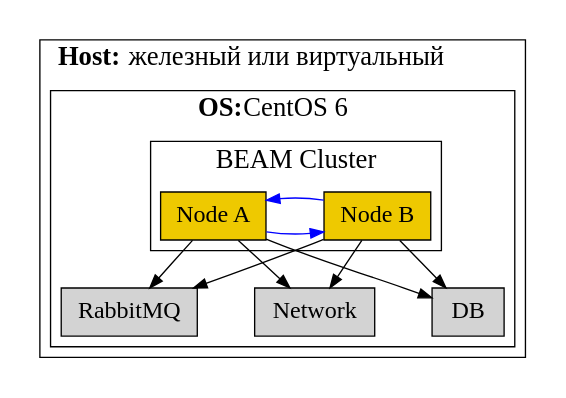
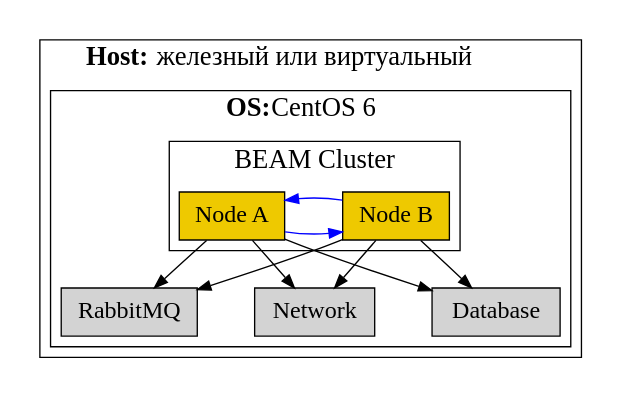
Before and after one commit to yzh44yzh/elixir_course: the diagram in lesson_12/img/host.dot, drawn with Graphviz. The commit also changed 5 other files, not shown here.

```diff
--- a/lesson_12/img/host.dot
+++ b/lesson_12/img/host.dot
@@ -1,38 +1,38 @@
 digraph GS {
 
     graph [pad=0.2, nodesep=0.6 fontname="UbuntuMono", fontsize=20]
     node [shape=box, style=filled, fontname="UbuntuMono", fontsize=18]
 
     subgraph clusterHost {
         label = <<b>Host:</b> железный или виртуальный>;
 
         subgraph clusterOS {
             label = <<b>OS:</b> CentOS 6>;
 
             subgraph clusterNodes {
                 label = "BEAM Cluster";
                 rankdir="LR";
                 Node1 [fillcolor=gold2, label="Node B"];
                 Node2 [fillcolor=gold2, label="Node A"];
                 rank="same" {Node1, Node2}
             }
 
-            DB
+            Database
             RabbitMQ
             Network
         }
     }
 
     edge [weight=1 color=blue];
     Node2 -> Node1
     Node1 -> Node2
 
     edge [weight=1 color=black];
-    Node1 -> DB
+    Node1 -> Database
     Node1 -> RabbitMQ
     Node1 -> Network
 
-    Node2 -> DB
+    Node2 -> Database
     Node2 -> RabbitMQ
     Node2 -> Network
 }
```
